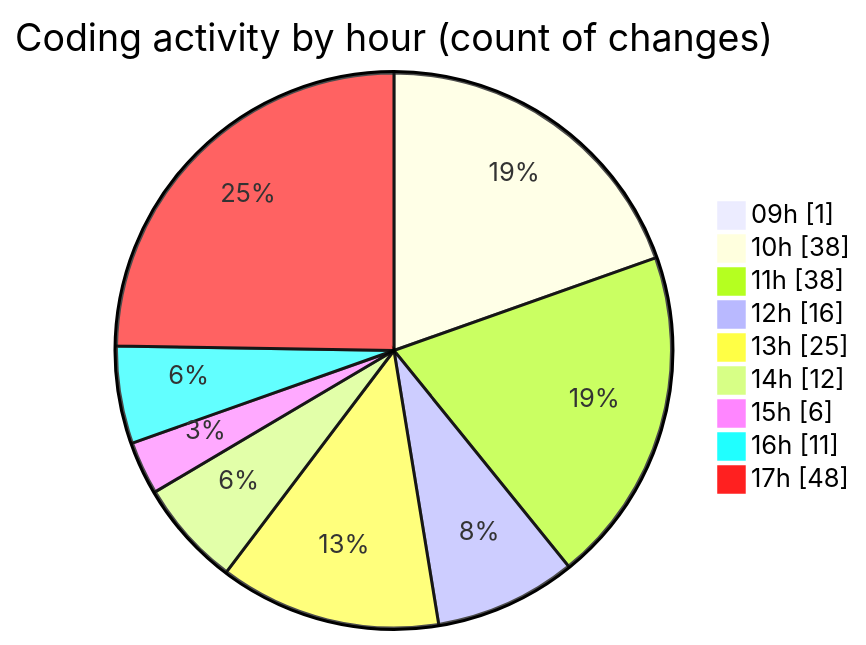
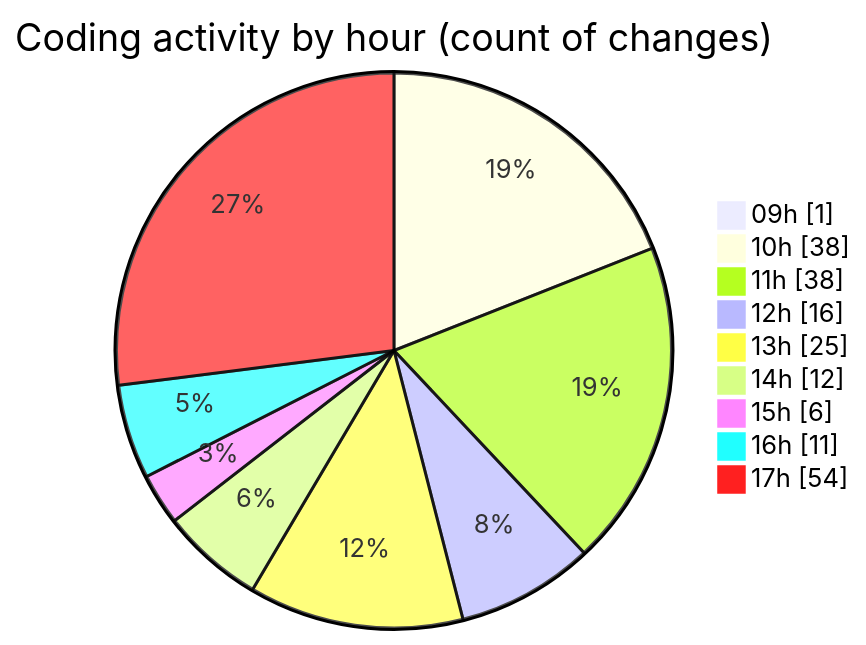
Before and after one commit to momahboobian/code-tracking: the second of 2 diagrams in 2026-01-07/cda/README.md, drawn with Mermaid. The commit also changed other lines of this file and 1 other file, not shown here.

````diff
--- a/2026-01-07/cda/README.md
+++ b/2026-01-07/cda/README.md
@@ -62,13 +62,13 @@
 ```mermaid
 pie showData
 title Coding activity by hour (count of changes)
 "09h" : 1
 "10h" : 38
 "11h" : 38
 "12h" : 16
 "13h" : 25
 "14h" : 12
 "15h" : 6
 "16h" : 11
-"17h" : 48
+"17h" : 54
 ```
````
